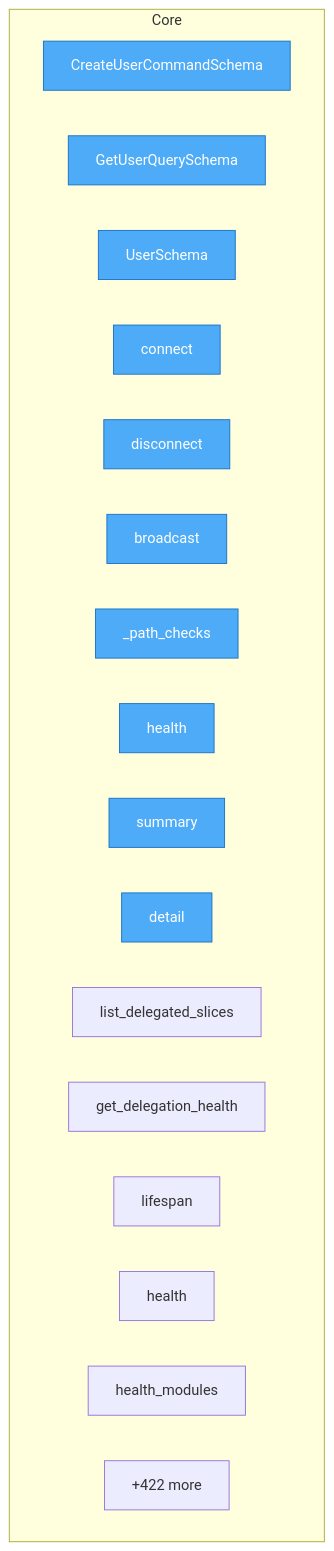
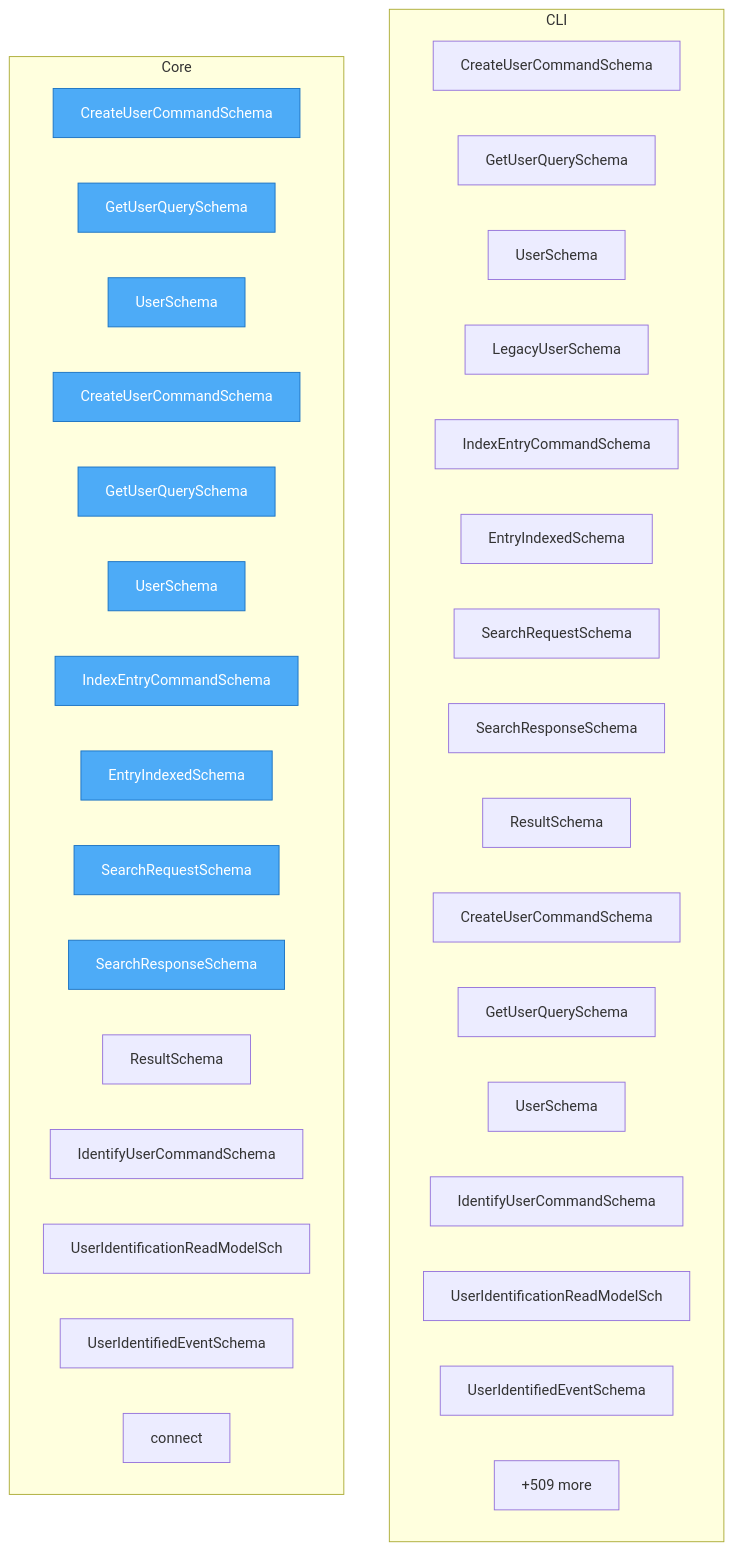
Before and after one commit to semcod/protos: the diagram in project/flow.mmd, drawn with Mermaid. The commit also changed 73 other files, not shown here.

```diff
--- a/project/flow.mmd
+++ b/project/flow.mmd
@@ -1,25 +1,44 @@
 flowchart TD
 
     %% Entry points (blue)
     classDef entry fill:#4dabf7,stroke:#1971c2,color:#fff
 
+    subgraph CLI
+        generated__ts_cli__user_v2_user__CreateUserCommandSchema["CreateUserCommandSchema"]
+        generated__ts_cli__user_v2_user__GetUserQuerySchema["GetUserQuerySchema"]
+        generated__ts_cli__user_v2_user__UserSchema["UserSchema"]
+        generated__ts_cli__legacy_bridge_user_legacy__v1__LegacyUserSchema["LegacyUserSchema"]
+        generated__ts_cli__search_v1_search__IndexEntryCommandSchema["IndexEntryCommandSchema"]
+        generated__ts_cli__search_v1_search__EntryIndexedSchema["EntryIndexedSchema"]
+        generated__ts_cli__search_v1_search__SearchRequestSchema["SearchRequestSchema"]
+        generated__ts_cli__search_v1_search__SearchResponseSchema["SearchResponseSchema"]
+        generated__ts_cli__search_v1_search__ResultSchema["ResultSchema"]
+        generated__ts_cli__user_v1_user__CreateUserCommandSchema["CreateUserCommandSchema"]
+        generated__ts_cli__user_v1_user__GetUserQuerySchema["GetUserQuerySchema"]
+        generated__ts_cli__user_v1_user__UserSchema["UserSchema"]
+        generated__ts_cli__examples_identification_v1_identification__IdentifyUserCommandSchema["IdentifyUserCommandSchema"]
+        generated__ts_cli__examples_identification_v1_identification__UserIdentificationReadModelSchema["UserIdentificationReadModelSch"]
+        generated__ts_cli__examples_identification_v1_identification__UserIdentifiedEventSchema["UserIdentifiedEventSchema"]
+        ...["+13 more"]
+    end
+
     subgraph Core
         generated__ts__zod__user_v1__CreateUserCommandSchema["CreateUserCommandSchema"]
         generated__ts__zod__user_v1__GetUserQuerySchema["GetUserQuerySchema"]
         generated__ts__zod__user_v1__UserSchema["UserSchema"]
+        generated__ts__zod__user_v2__CreateUserCommandSchema["CreateUserCommandSchema"]
+        generated__ts__zod__user_v2__GetUserQuerySchema["GetUserQuerySchema"]
+        generated__ts__zod__user_v2__UserSchema["UserSchema"]
+        generated__ts__zod__search_v1__IndexEntryCommandSchema["IndexEntryCommandSchema"]
+        generated__ts__zod__search_v1__EntryIndexedSchema["EntryIndexedSchema"]
+        generated__ts__zod__search_v1__SearchRequestSchema["SearchRequestSchema"]
+        generated__ts__zod__search_v1__SearchResponseSchema["SearchResponseSchema"]
+        generated__ts__zod__search_v1__ResultSchema["ResultSchema"]
+        generated__ts__zod__identification_v1__IdentifyUserCommandSchema["IdentifyUserCommandSchema"]
+        generated__ts__zod__identification_v1__UserIdentificationReadModelSchema["UserIdentificationReadModelSch"]
+        generated__ts__zod__identification_v1__UserIdentifiedEventSchema["UserIdentifiedEventSchema"]
         gateway__ws__ConnectionManager__connect["connect"]
-        gateway__ws__ConnectionManager__disconnect["disconnect"]
-        gateway__ws__ConnectionManager__broadcast["broadcast"]
-        gateway__delegation__DelegatedSlice___path_checks["_path_checks"]
-        gateway__delegation__DelegatedSlice__health["health"]
-        gateway__delegation__DelegatedSlice__summary["summary"]
-        gateway__delegation__DelegatedSlice__detail["detail"]
-        gateway__delegation__list_delegated_slices["list_delegated_slices"]
-        gateway__delegation__get_delegation_health["get_delegation_health"]
-        gateway__main__lifespan["lifespan"]
-        gateway__main__health["health"]
-        gateway__main__health_modules["health_modules"]
-        ...["+422 more"]
+        ...["+509 more"]
     end
 
-    class generated__ts__zod__user_v1__CreateUserCommandSchema,generated__ts__zod__user_v1__GetUserQuerySchema,generated__ts__zod__user_v1__UserSchema,gateway__ws__ConnectionManager__connect,gateway__ws__ConnectionManager__disconnect,gateway__ws__ConnectionManager__broadcast,gateway__delegation__DelegatedSlice___path_checks,gateway__delegation__DelegatedSlice__health,gateway__delegation__DelegatedSlice__summary,gateway__delegation__DelegatedSlice__detail entry
+    class generated__ts__zod__user_v1__CreateUserCommandSchema,generated__ts__zod__user_v1__GetUserQuerySchema,generated__ts__zod__user_v1__UserSchema,generated__ts__zod__user_v2__CreateUserCommandSchema,generated__ts__zod__user_v2__GetUserQuerySchema,generated__ts__zod__user_v2__UserSchema,generated__ts__zod__search_v1__IndexEntryCommandSchema,generated__ts__zod__search_v1__EntryIndexedSchema,generated__ts__zod__search_v1__SearchRequestSchema,generated__ts__zod__search_v1__SearchResponseSchema entry
```
